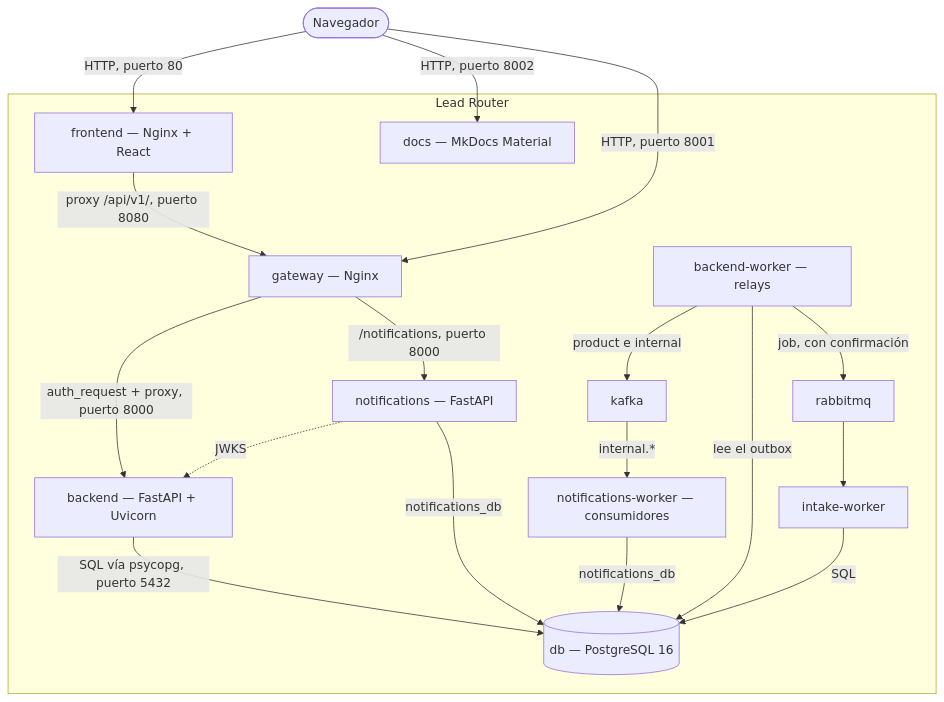
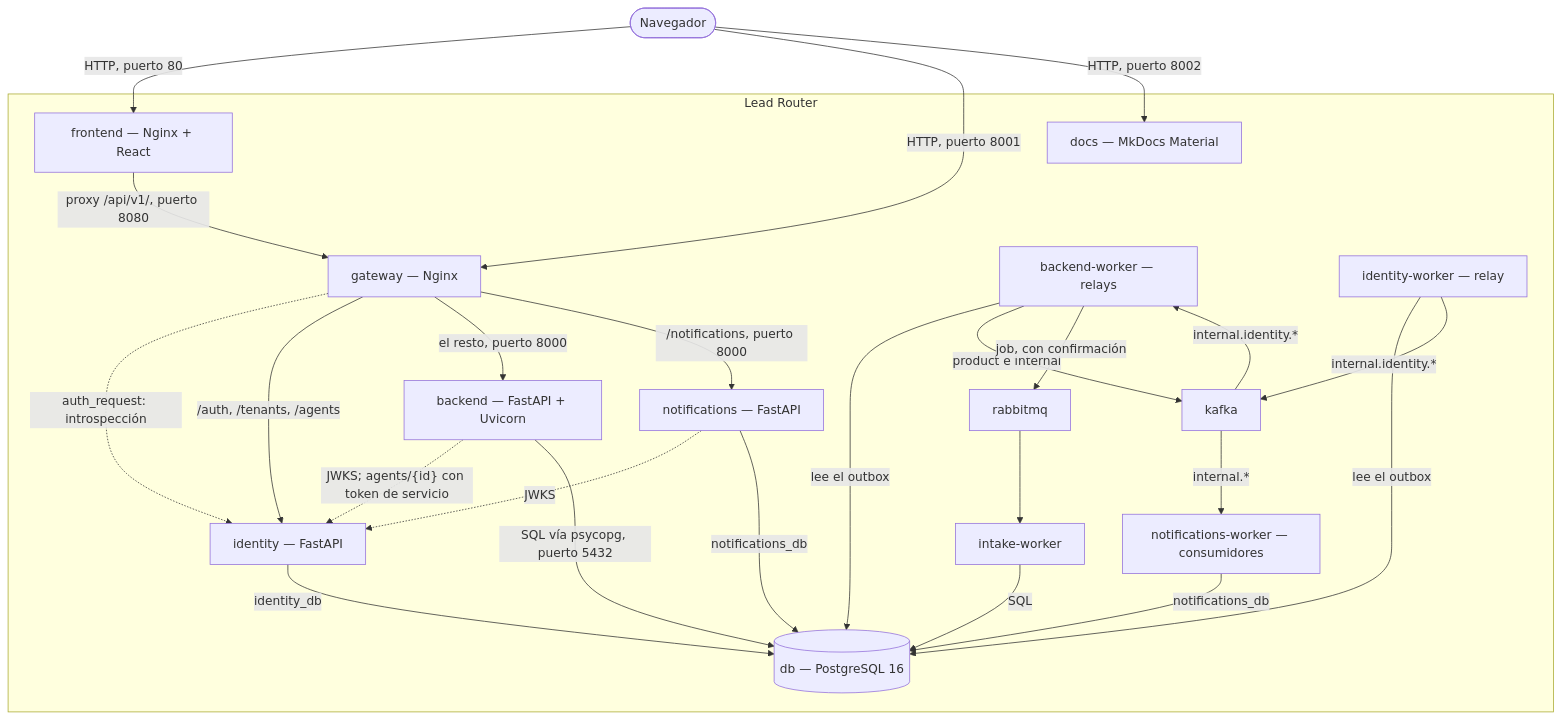
Before and after one commit to MDCIrony/leads-hexa: the diagram in docs/content/arquitectura/c4-contenedores.md, drawn with Mermaid. The commit also changed other lines of this file and 31 other files, not shown here.

````diff
--- a/docs/content/arquitectura/c4-contenedores.md
+++ b/docs/content/arquitectura/c4-contenedores.md
@@ -28,35 +30,44 @@
 ```mermaid
 flowchart TD
     BROWSER(["Navegador"])
 
     subgraph SISTEMA["Lead Router"]
         FRONTEND["frontend — Nginx + React"]
         GATEWAY["gateway — Nginx"]
         BACKEND["backend — FastAPI + Uvicorn"]
         BW["backend-worker — relays"]
+        IDS["identity — FastAPI"]
+        IDW["identity-worker — relay"]
         NOTIF["notifications — FastAPI"]
         NW["notifications-worker — consumidores"]
         IW["intake-worker"]
         DB[("db — PostgreSQL 16")]
         KAFKA["kafka"]
         RMQ["rabbitmq"]
         DOCS["docs — MkDocs Material"]
     end
 
     BROWSER -->|"HTTP, puerto 80"| FRONTEND
     FRONTEND -->|"proxy /api/v1/, puerto 8080"| GATEWAY
     BROWSER -->|"HTTP, puerto 8001"| GATEWAY
-    GATEWAY -->|"auth_request + proxy, puerto 8000"| BACKEND
+    GATEWAY -.->|"auth_request: introspección"| IDS
+    GATEWAY -->|"/auth, /tenants, /agents"| IDS
+    GATEWAY -->|"el resto, puerto 8000"| BACKEND
     GATEWAY -->|"/notifications, puerto 8000"| NOTIF
-    NOTIF -.->|"JWKS"| BACKEND
+    NOTIF -.->|"JWKS"| IDS
+    BACKEND -.->|"JWKS; agents/{id} con token de servicio"| IDS
+    IDS -->|"identity_db"| DB
+    IDW -->|"lee el outbox"| DB
+    IDW -->|"internal.identity.*"| KAFKA
     BACKEND -->|"SQL vía psycopg, puerto 5432"| DB
     NOTIF -->|"notifications_db"| DB
     NW -->|"notifications_db"| DB
     BW -->|"lee el outbox"| DB
     BW -->|"product e internal"| KAFKA
     KAFKA -->|"internal.*"| NW
+    KAFKA -->|"internal.identity.*"| BW
     BW -->|"job, con confirmación"| RMQ
     RMQ --> IW
     IW -->|SQL| DB
     BROWSER -->|"HTTP, puerto 8002"| DOCS
 ```
````
